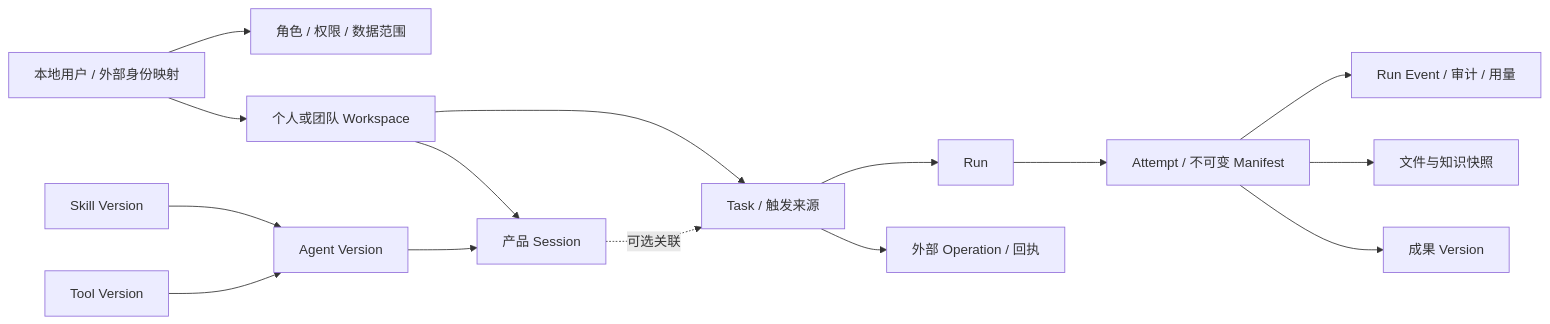
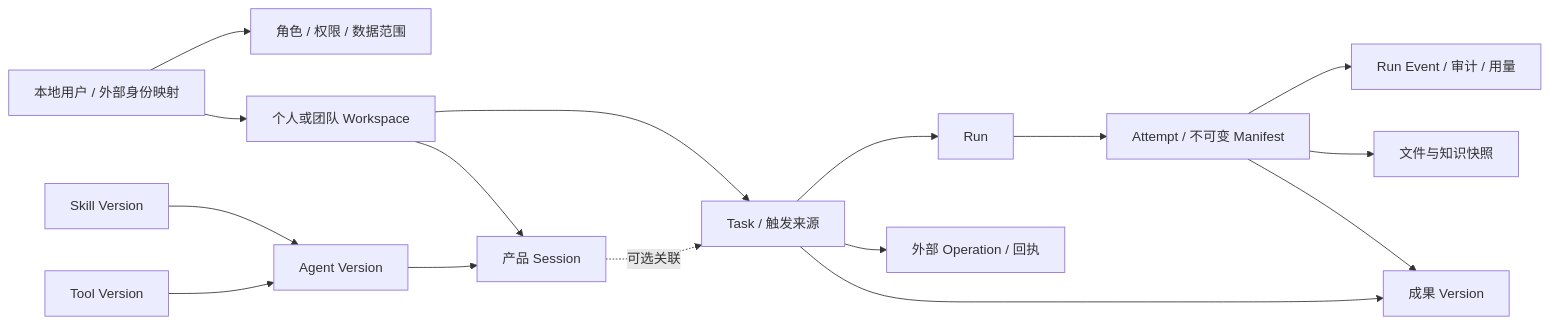
The diagram in docs/design/data-model.md (globalsinocode/dsh-work), drawn with Mermaid before and after one commit. The commit also changed other lines of this file and 41 other files, not shown here.

````diff
--- a/docs/design/data-model.md
+++ b/docs/design/data-model.md
@@ -7,17 +7,18 @@
 ```mermaid
 flowchart LR
   Users[本地用户 / 外部身份映射] --> Roles[角色 / 权限 / 数据范围]
   Users --> Workspace[个人或团队 Workspace]
   Workspace --> Session[产品 Session]
   Workspace --> Task[Task / 触发来源]
   Session -. 可选关联 .-> Task
   Task --> Run[Run]
   Run --> Attempt[Attempt / 不可变 Manifest]
   Agent[Agent Version] --> Session
   Skill[Skill Version] --> Agent
   Tool[Tool Version] --> Agent
   Attempt --> Events[Run Event / 审计 / 用量]
   Attempt --> Sources[文件与知识快照]
   Attempt --> Artifact[成果 Version]
+  Task --> Artifact
   Task --> Operation[外部 Operation / 回执]
 ```
````
